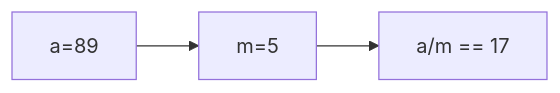
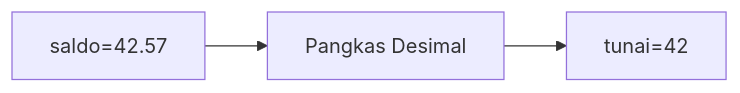
The first of 25 diagrams in part-c-pemahaman-cpp/01-tipe-data/latihan/set-08.md (amnahwaida/OSNK_INF_PREP), drawn with Mermaid before and after one commit. The commit also changed other lines of this file and 71 other files, not shown here.

````diff
--- a/part-c-pemahaman-cpp/01-tipe-data/latihan/set-08.md
+++ b/part-c-pemahaman-cpp/01-tipe-data/latihan/set-08.md
@@ -21,5 +21,5 @@
 ```mermaid
 graph LR
-A["a=89"] --> B["m=5"]
-B --> C["a/m == 17"]
+A["saldo=42.57"] --> B["Pangkas Desimal"]
+B --> C["tunai=42"]
 ```
````
